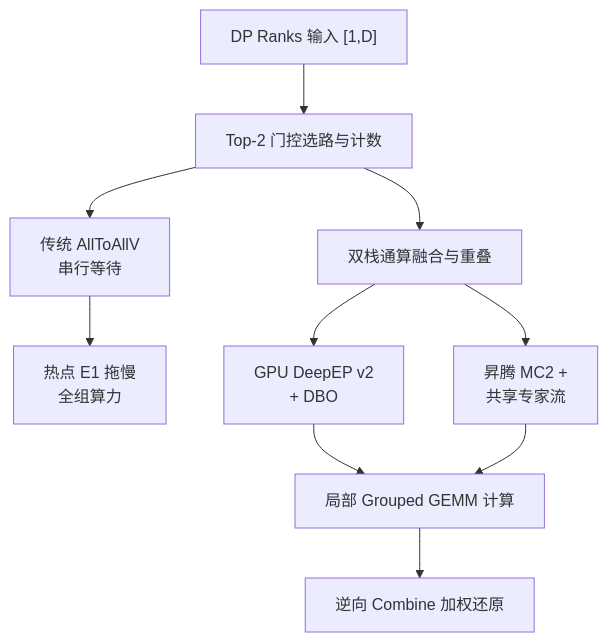
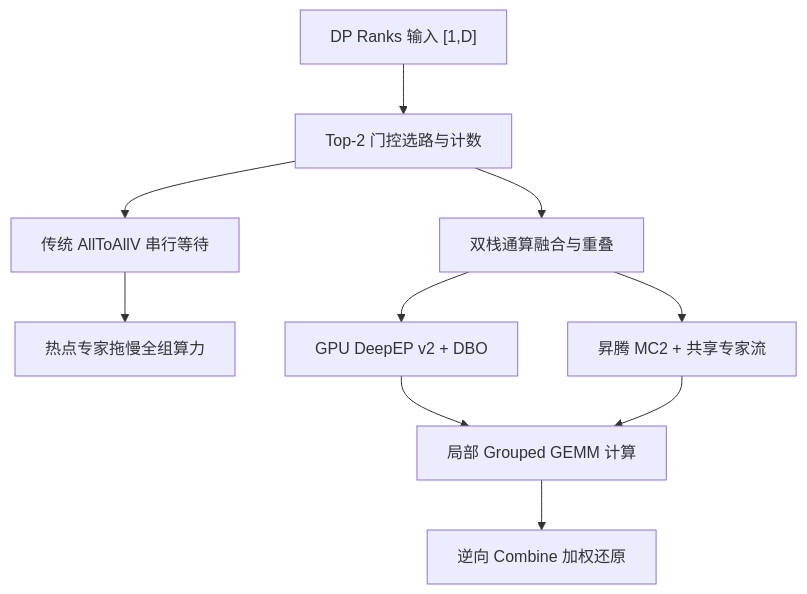
One commit to xingcanlee/infra-note changed the diagram in src/content/posts/distributed/03-moe-comm-and-overlap/index.mdx. Above: the diagram before and after it, drawn with Mermaid. The commit also changed other lines of this file and 22 other files, not shown here.

````diff
--- a/src/content/posts/distributed/03-moe-comm-and-overlap/index.mdx
+++ b/src/content/posts/distributed/03-moe-comm-and-overlap/index.mdx
@@ -39,12 +19,12 @@
 ```mermaid caption="图 1：4 卡 MoE EP 分发计算归还流与双栈卸载路径"
 flowchart TD
     R["DP Ranks 输入 [1,D]"] --> G["Top-2 门控选路与计数"]
-    G --> S["传统 AllToAllV<br/>串行等待"]
+    G --> S["传统 AllToAllV 串行等待"]
     G --> O["双栈通算融合与重叠"]
-    S --> L["热点 E1 拖慢<br/>全组算力"]
-    O --> N["GPU DeepEP v2<br/>+ DBO"]
-    O --> A["昇腾 MC2 +<br/>共享专家流"]
+    S --> L["热点专家拖慢全组算力"]
+    O --> N["GPU DeepEP v2 + DBO"]
+    O --> A["昇腾 MC2 + 共享专家流"]
     N --> E["局部 Grouped GEMM 计算"]
     A --> E
     E --> C["逆向 Combine 加权还原"]
 ```
````
